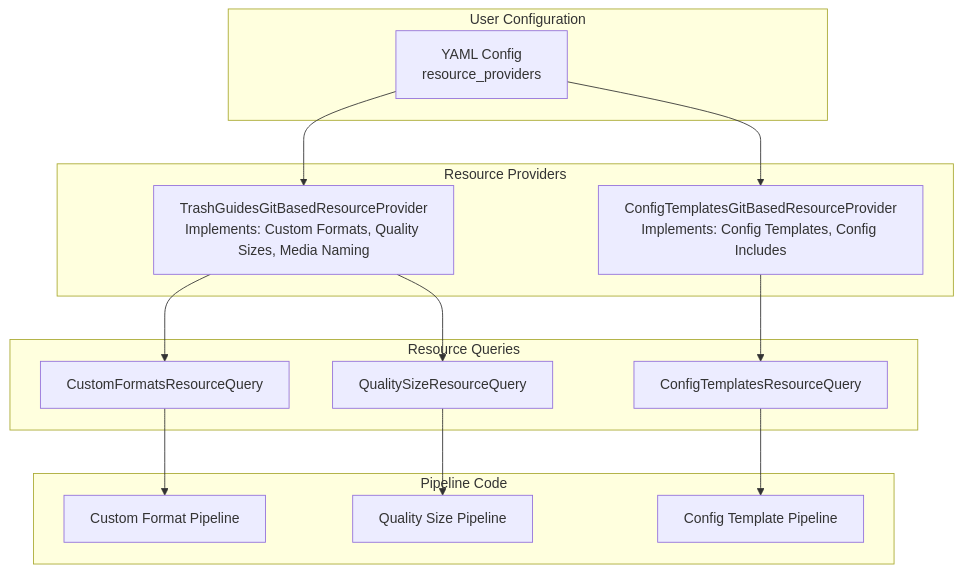
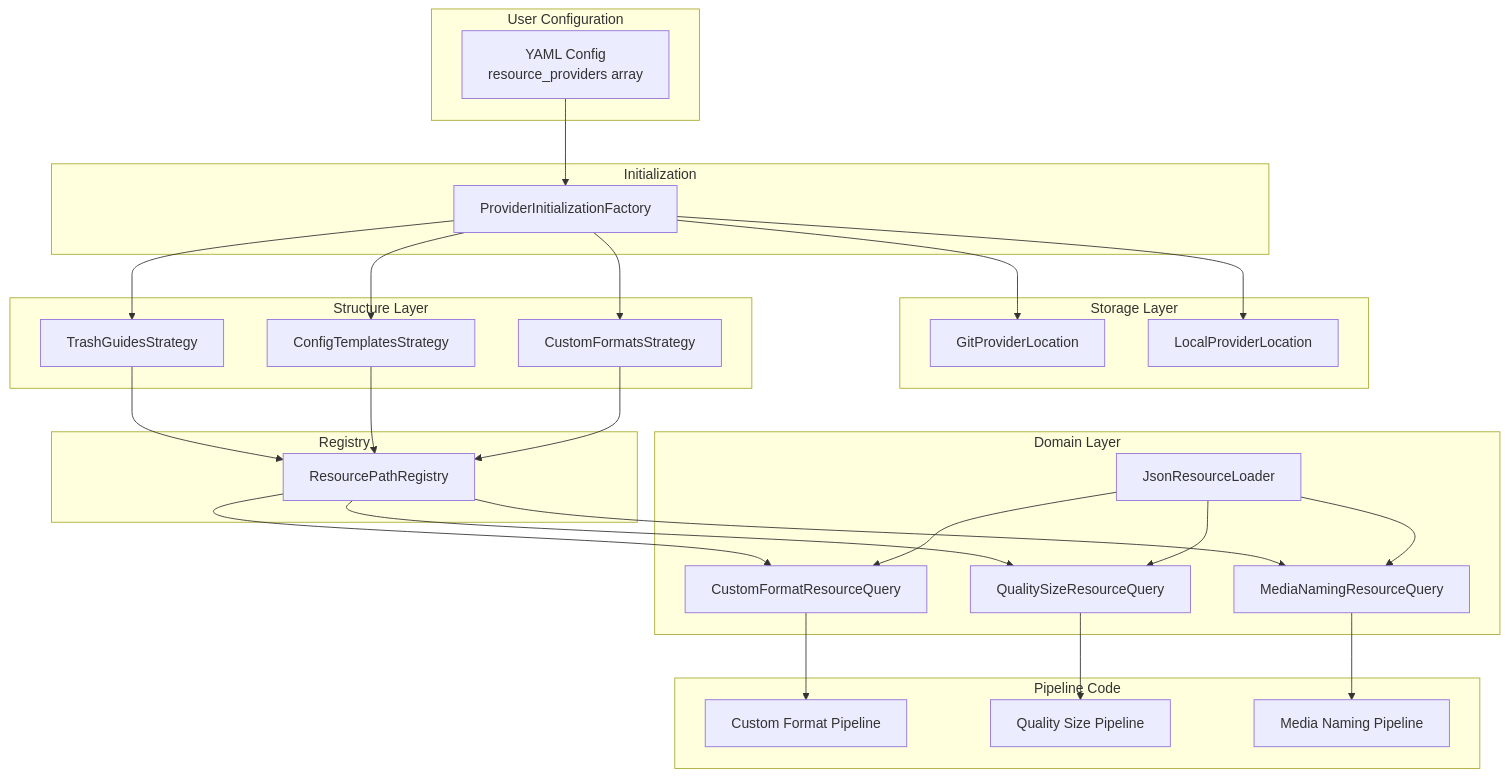
The diagram in docs/architecture/resource-provider-system.md (recyclarr/recyclarr), drawn with Mermaid before and after one commit. The commit also changed other lines of this file and 2 other files, not shown here.

First line of the commit message:
docs: Update resource provider architecture documentation

````diff
--- a/docs/architecture/resource-provider-system.md
+++ b/docs/architecture/resource-provider-system.md
@@ -55,32 +84,57 @@
 ```mermaid
 graph TB
     subgraph "User Configuration"
-        YC[YAML Config<br/>resource_providers]
+        YC[YAML Config<br/>resource_providers array]
     end
 
-    subgraph "Resource Providers"
-        TG[TrashGuidesGitBasedResourceProvider<br/>Implements: Custom Formats, Quality Sizes, Media Naming]
-        CT[ConfigTemplatesGitBasedResourceProvider<br/>Implements: Config Templates, Config Includes]
+    subgraph "Initialization"
+        Factory[ProviderInitializationFactory]
     end
 
-    subgraph "Resource Queries"
-        CFQ[CustomFormatsResourceQuery]
+    subgraph "Storage Layer"
+        GitLoc[GitProviderLocation]
+        LocalLoc[LocalProviderLocation]
+    end
+
+    subgraph "Structure Layer"
+        TGStrat[TrashGuidesStrategy]
+        CTStrat[ConfigTemplatesStrategy]
+        CFStrat[CustomFormatsStrategy]
+    end
+
+    subgraph "Registry"
+        Reg[ResourcePathRegistry]
+    end
+
+    subgraph "Domain Layer"
+        Loader[JsonResourceLoader]
+        CFQ[CustomFormatResourceQuery]
         QSQ[QualitySizeResourceQuery]
-        CTQ[ConfigTemplatesResourceQuery]
+        MNQ[MediaNamingResourceQuery]
     end
 
     subgraph "Pipeline Code"
         CF[Custom Format Pipeline]
         QS[Quality Size Pipeline]
-        CN[Config Template Pipeline]
+        MN[Media Naming Pipeline]
     end
 
-    YC --> TG
-    YC --> CT
-    TG --> CFQ
-    TG --> QSQ
-    CT --> CTQ
+    YC --> Factory
+    Factory --> GitLoc
+    Factory --> LocalLoc
+    Factory --> TGStrat
+    Factory --> CTStrat
+    Factory --> CFStrat
+    TGStrat --> Reg
+    CTStrat --> Reg
+    CFStrat --> Reg
+    Reg --> CFQ
+    Reg --> QSQ
+    Reg --> MNQ
+    Loader --> CFQ
+    Loader --> QSQ
+    Loader --> MNQ
     CFQ --> CF
     QSQ --> QS
-    CTQ --> CN
+    MNQ --> MN
 ```
````
